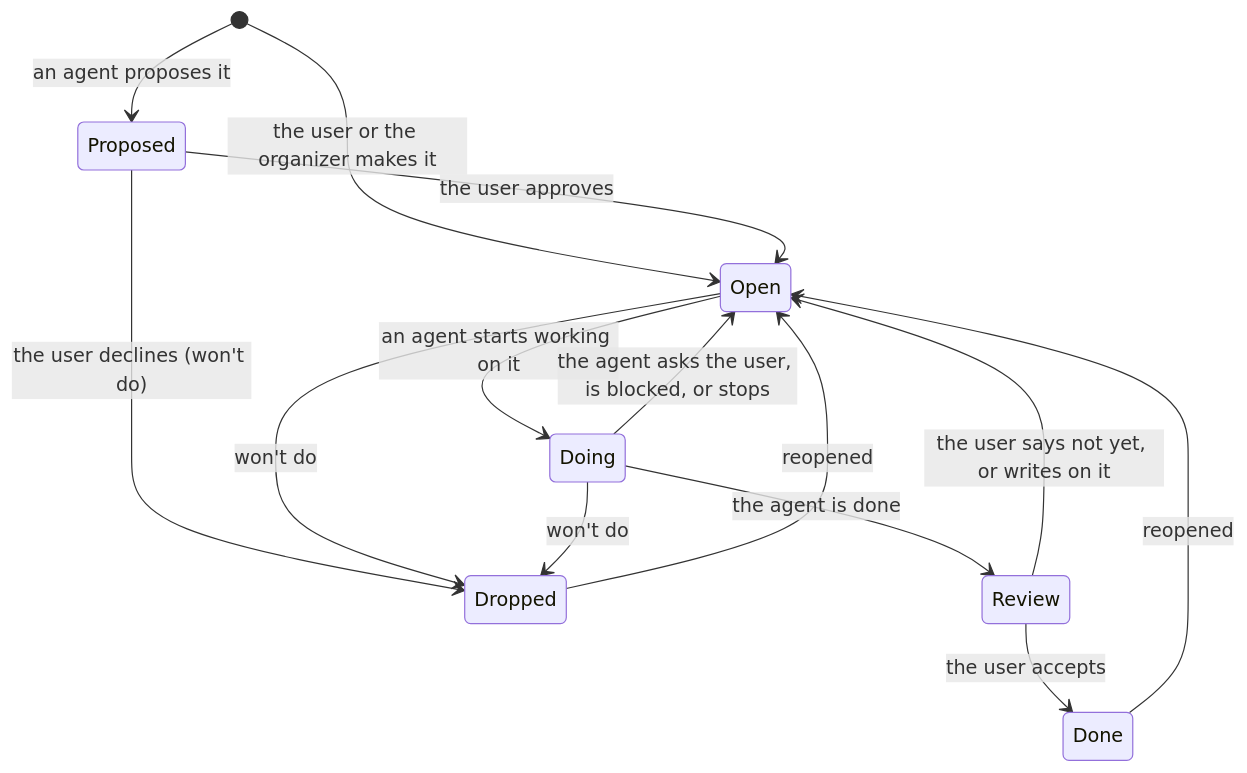
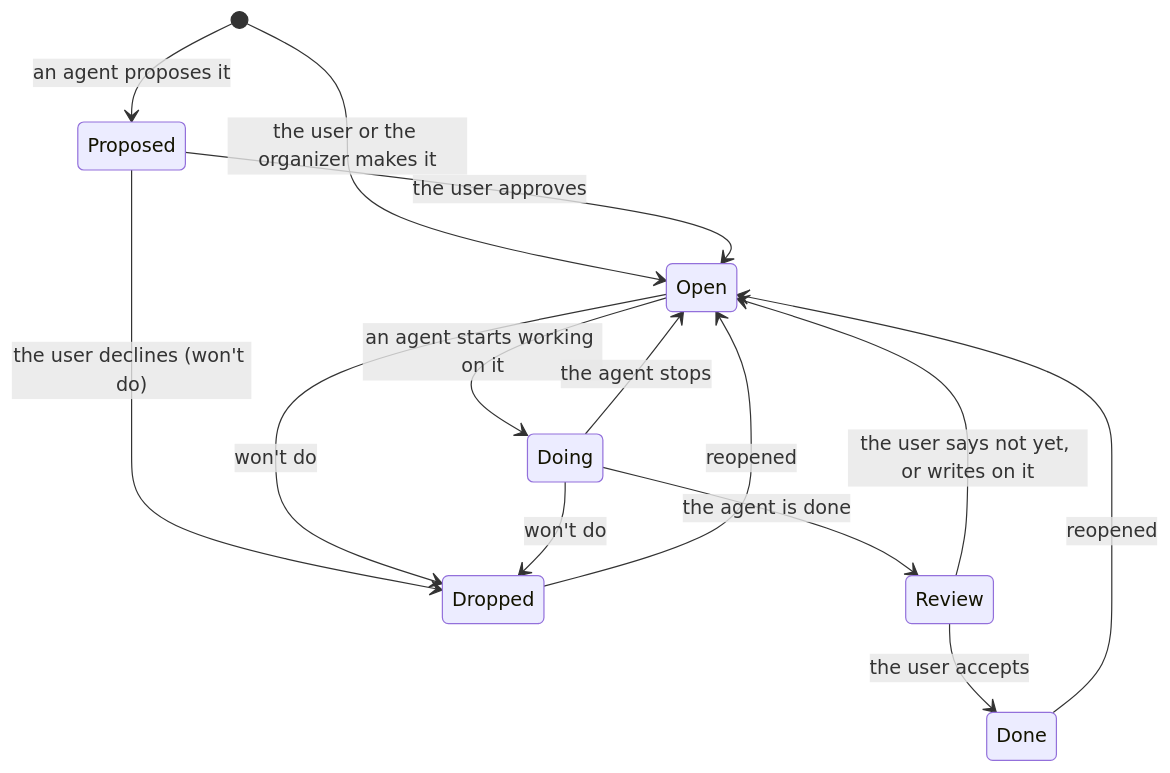
One commit to ralphite/taska changed the diagram in docs/item-states.md. Above: the diagram before and after it, drawn with Mermaid. The commit also changed other lines of this file and 18 other files, not shown here.

````diff
--- a/docs/item-states.md
+++ b/docs/item-states.md
@@ -5,16 +5,16 @@
 ```mermaid
 stateDiagram-v2
   [*] --> Proposed: an agent proposes it
   [*] --> Open: the user or the organizer makes it
   Proposed --> Open: the user approves
   Proposed --> Dropped: the user declines (won't do)
   Open --> Doing: an agent starts working on it
-  Doing --> Open: the agent asks the user, is blocked, or stops
+  Doing --> Open: the agent stops
   Doing --> Review: the agent is done
   Review --> Done: the user accepts
   Review --> Open: the user says not yet, or writes on it
   Open --> Dropped: won't do
   Doing --> Dropped: won't do
   Done --> Open: reopened
   Dropped --> Open: reopened
 ```
````
